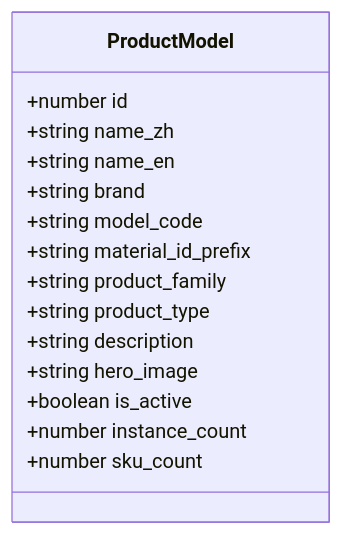
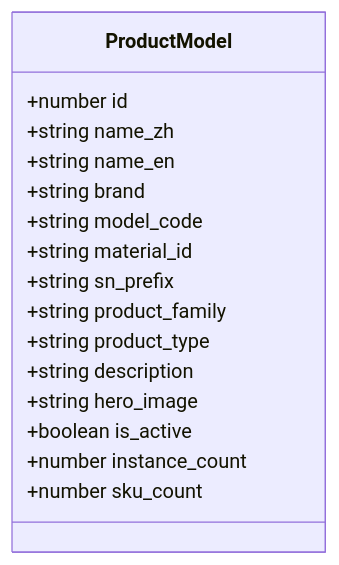
One commit to CubeEdge/Longhorn changed the seventh of 14 diagrams in .qoder/repowiki/zh/content/前端组件架构/产品管理界面/产品管理界面.md. Above: the diagram before and after it, drawn with Mermaid. The commit also changed other lines of this file and 53 other files, not shown here.

````diff
--- a/.qoder/repowiki/zh/content/前端组件架构/产品管理界面/产品管理界面.md
+++ b/.qoder/repowiki/zh/content/前端组件架构/产品管理界面/产品管理界面.md
@@ -869,18 +645,19 @@
 ```mermaid
 classDiagram
 class ProductModel {
 +number id
 +string name_zh
 +string name_en
 +string brand
 +string model_code
-+string material_id_prefix
++string material_id
++string sn_prefix
 +string product_family
 +string product_type
 +string description
 +string hero_image
 +boolean is_active
 +number instance_count
 +number sku_count
 }
 ```
````
